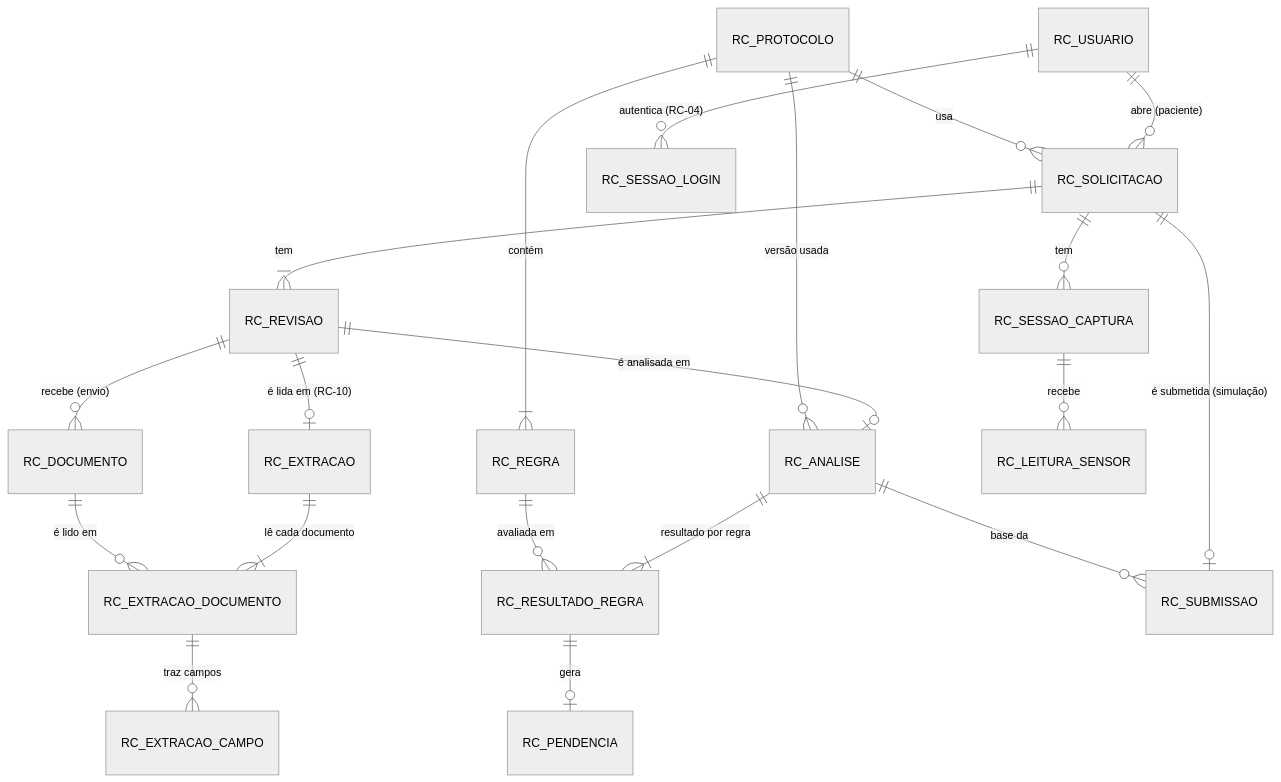
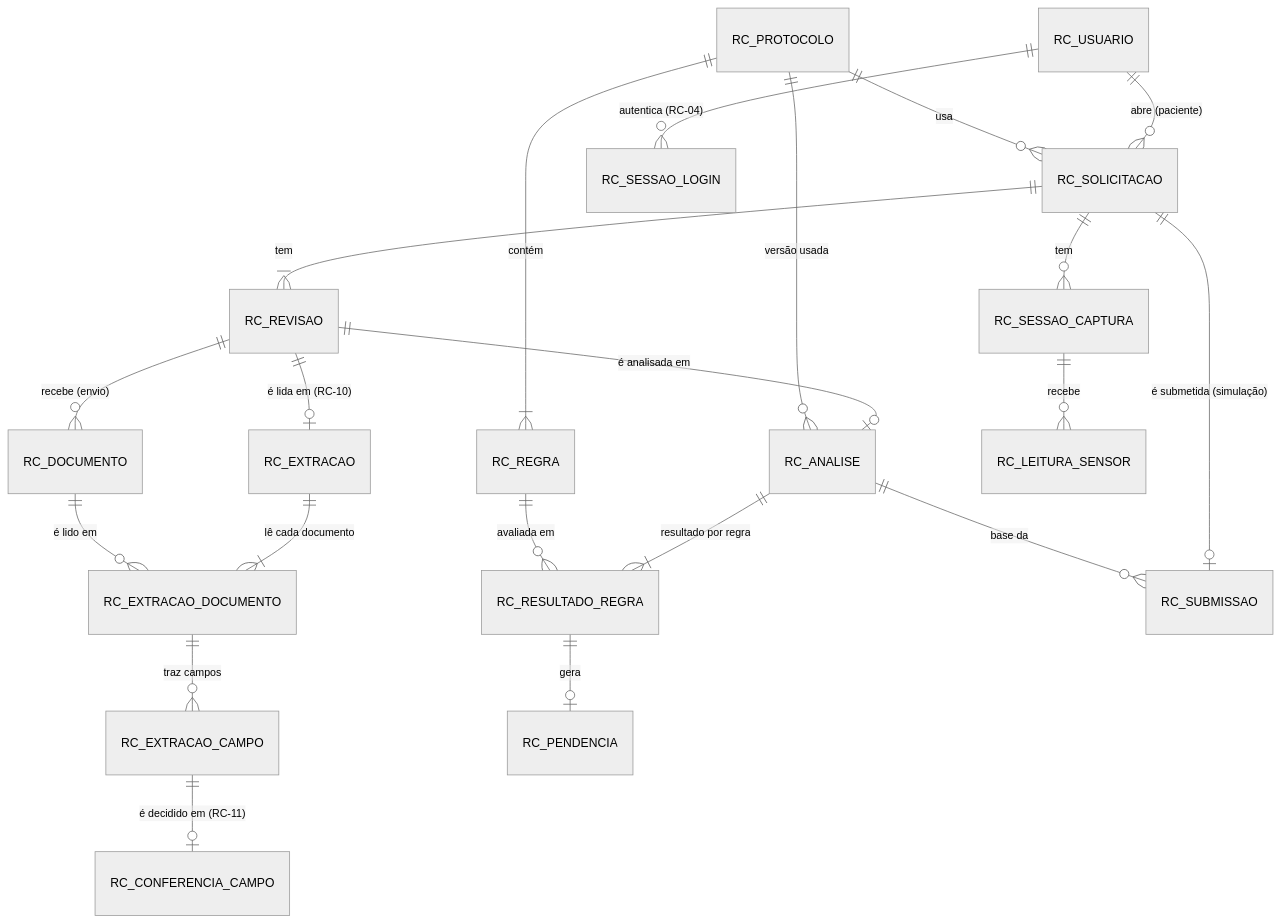
One commit to Code-Masters-F/RegulaCheck changed the diagram in docs/modelo-de-dados.md. Above: the diagram before and after it, drawn with Mermaid (neutral theme). The commit also changed other lines of this file and 72 other files, not shown here.

````diff
--- a/docs/modelo-de-dados.md
+++ b/docs/modelo-de-dados.md
@@ -7,22 +7,23 @@
 ```mermaid
 erDiagram
     RC_USUARIO ||--o{ RC_SOLICITACAO : "abre (paciente)"
     RC_USUARIO ||--o{ RC_SESSAO_LOGIN : "autentica (RC-04)"
     RC_PROTOCOLO ||--|{ RC_REGRA : "contém"
     RC_PROTOCOLO ||--o{ RC_SOLICITACAO : "usa"
     RC_SOLICITACAO ||--|{ RC_REVISAO : "tem"
     RC_REVISAO ||--o{ RC_DOCUMENTO : "recebe (envio)"
     RC_REVISAO ||--o| RC_ANALISE : "é analisada em"
     RC_REVISAO ||--o| RC_EXTRACAO : "é lida em (RC-10)"
     RC_EXTRACAO ||--|{ RC_EXTRACAO_DOCUMENTO : "lê cada documento"
     RC_DOCUMENTO ||--o{ RC_EXTRACAO_DOCUMENTO : "é lido em"
     RC_EXTRACAO_DOCUMENTO ||--o{ RC_EXTRACAO_CAMPO : "traz campos"
+    RC_EXTRACAO_CAMPO ||--o| RC_CONFERENCIA_CAMPO : "é decidido em (RC-11)"
     RC_PROTOCOLO ||--o{ RC_ANALISE : "versão usada"
     RC_ANALISE ||--|{ RC_RESULTADO_REGRA : "resultado por regra"
     RC_REGRA ||--o{ RC_RESULTADO_REGRA : "avaliada em"
     RC_RESULTADO_REGRA ||--o| RC_PENDENCIA : "gera"
     RC_SOLICITACAO ||--o{ RC_SESSAO_CAPTURA : "tem"
     RC_SESSAO_CAPTURA ||--o{ RC_LEITURA_SENSOR : "recebe"
     RC_SOLICITACAO ||--o| RC_SUBMISSAO : "é submetida (simulação)"
     RC_ANALISE ||--o{ RC_SUBMISSAO : "base da"
 ```
````
